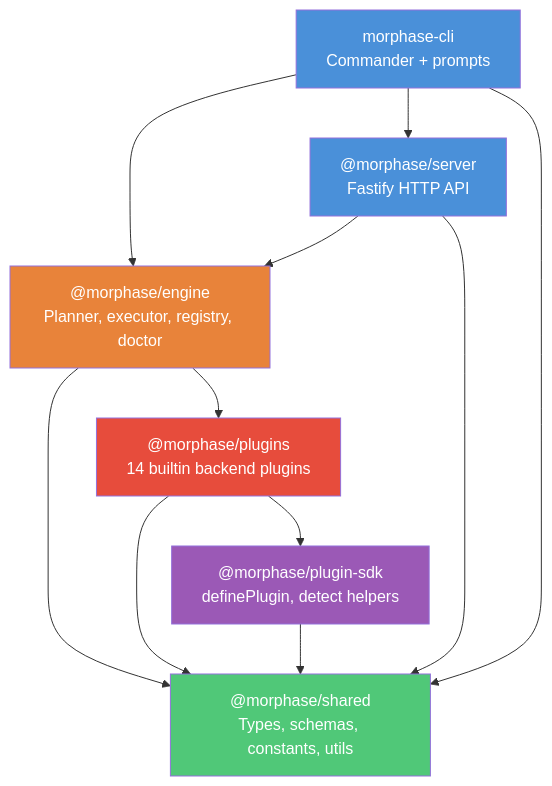
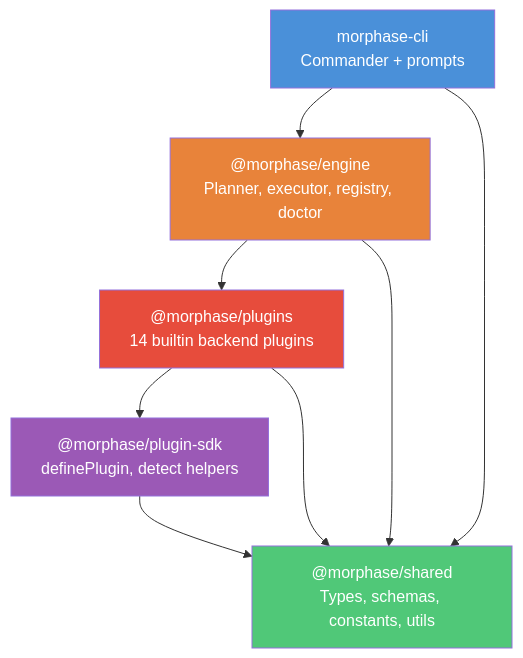
The third of 7 diagrams in docs/architecture-diagrams.md (joeljstephen/morphase), drawn with Mermaid before and after one commit. The commit also changed other lines of this file and 18 other files, not shown here.

Commit message:
chore: remove experimental HTTP API server and related configurations, update documentation to reflect CLI-only architecture, and enhance config loading error handling

````diff
--- a/docs/architecture-diagrams.md
+++ b/docs/architecture-diagrams.md
@@ -173,27 +168,22 @@
 ```mermaid
 graph TD
     Shared["@morphase/shared<br/>Types, schemas, constants, utils"]
     SDK["@morphase/plugin-sdk<br/>definePlugin, detect helpers"]
     Plugins["@morphase/plugins<br/>14 builtin backend plugins"]
     Engine["@morphase/engine<br/>Planner, executor, registry, doctor"]
     CLI["morphase-cli<br/>Commander + prompts"]
-    Server["@morphase/server<br/>Fastify HTTP API"]
 
     SDK --> Shared
     Plugins --> Shared
     Plugins --> SDK
     Engine --> Shared
     Engine --> Plugins
     CLI --> Engine
-    CLI --> Server
     CLI --> Shared
-    Server --> Engine
-    Server --> Shared
 
     style Shared fill:#50C878,color:#fff
     style SDK fill:#9B59B6,color:#fff
     style Plugins fill:#E74C3C,color:#fff
     style Engine fill:#E8833A,color:#fff
     style CLI fill:#4A90D9,color:#fff
-    style Server fill:#4A90D9,color:#fff
 ```
````
